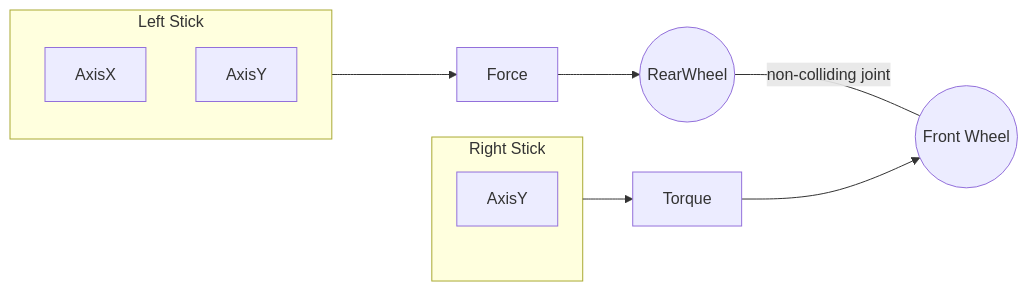
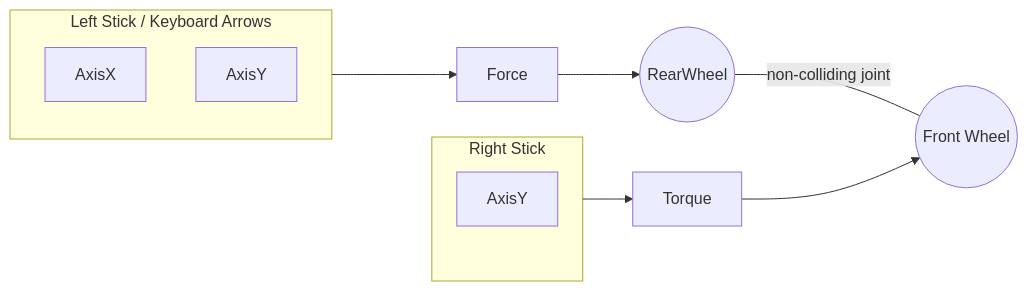
The first of 9 diagrams in README.md (entitycs/WaMBaM), drawn with Mermaid before and after one commit. The commit also changed other lines of this file and 5 other files, not shown here.

````diff
--- a/README.md
+++ b/README.md
@@ -17,25 +17,25 @@
 ```mermaid
 ---
 config:
     theme: Neutral
 ---
 flowchart LR
 
     R((RearWheel))
     F((Front Wheel))
     R ---|non-colliding joint| F
 
-    subgraph LS["Left Stick"]
+    subgraph LS["Left Stick / Keyboard Arrows"]
         AxisX
         AxisY
     end
 
     subgraph RS["Right Stick"]
         AxisY2[AxisY]
     end
 
     LS ---> Force
     Force --> R
 
     AxisY2[AxisY] --- RS --> Torque --> F
 ```
````
